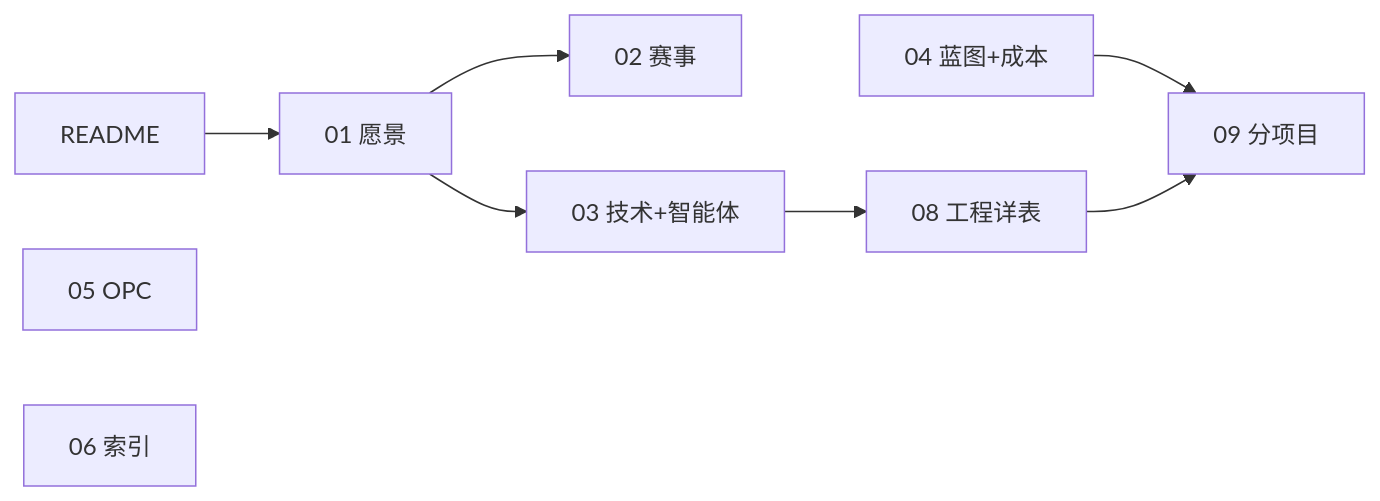
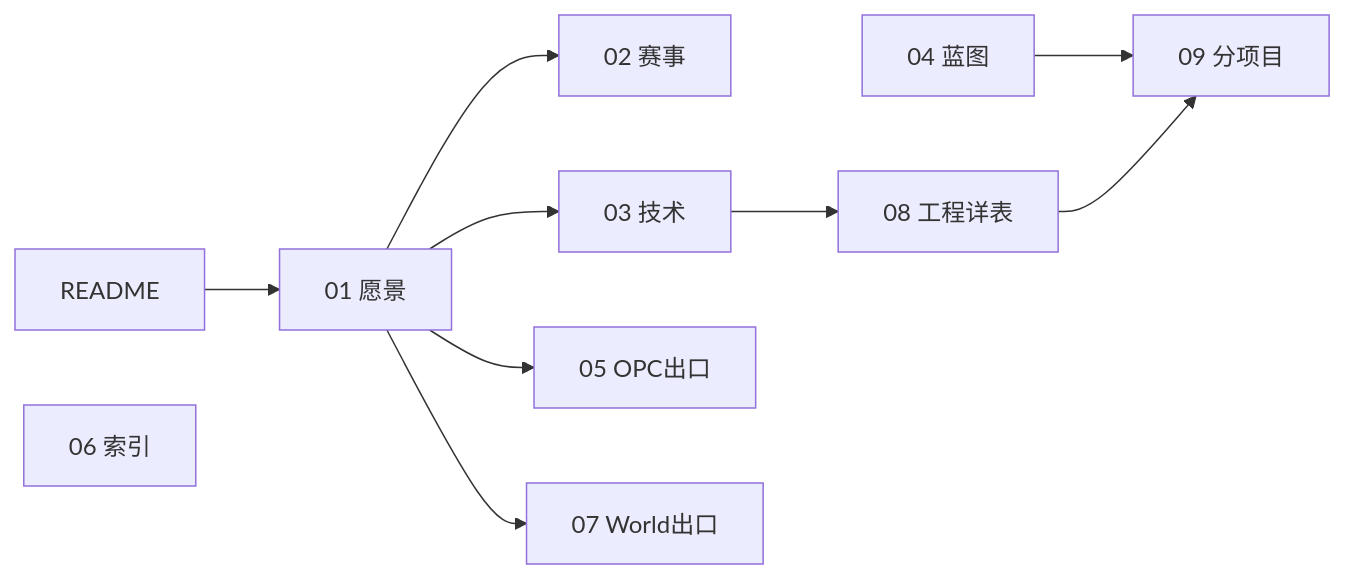
Before and after one commit to lamasaga/businessmatch-v1: the diagram in 00-项目全景与目录结构.md, drawn with Mermaid. The commit also changed other lines of this file and 16 other files, not shown here.

````diff
--- a/00-项目全景与目录结构.md
+++ b/00-项目全景与目录结构.md
@@ -61,11 +69,12 @@
 ```mermaid
 flowchart LR
   R[README] --> A01[01 愿景]
   A01 --> A02[02 赛事]
-  A01 --> A03[03 技术+智能体]
+  A01 --> A03[03 技术]
   A03 --> A08[08 工程详表]
-  A04[04 蓝图+成本] --> A09[09 分项目]
+  A04[04 蓝图] --> A09[09 分项目]
   A08 --> A09
-  A05[05 OPC]
+  A01 --> A05[05 OPC出口]
+  A01 --> A07[07 World出口]
   A06[06 索引]
 ```
````
